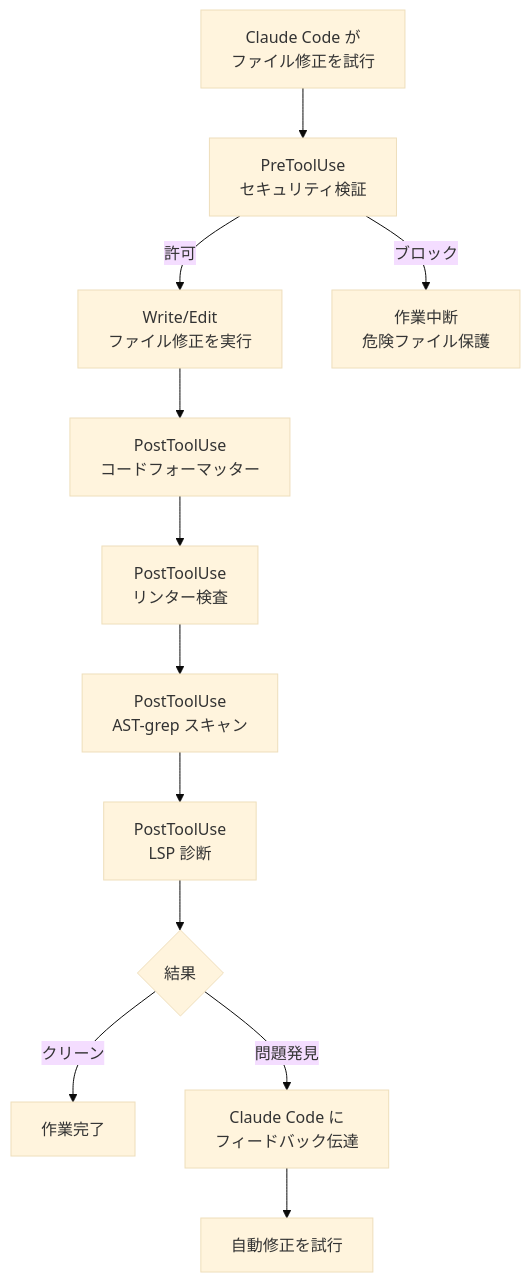
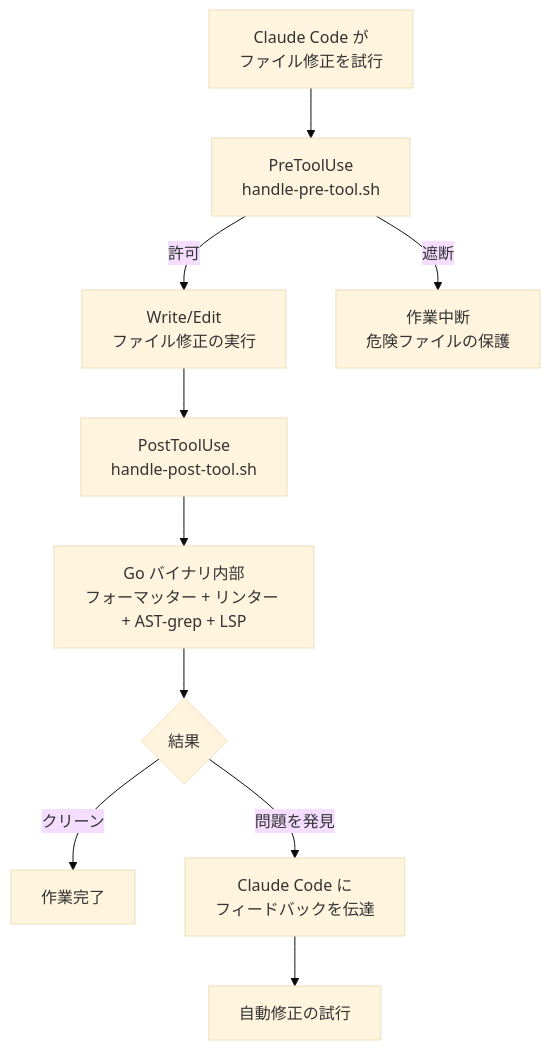
Before and after one commit to modu-ai/moai-adk: the second of 2 diagrams in docs-site/content/ja/advanced/hooks-guide.md, drawn with Mermaid (base theme). The commit also changed other lines of this file and 180 other files, not shown here.

````diff
--- a/docs-site/content/ja/advanced/hooks-guide.md
+++ b/docs-site/content/ja/advanced/hooks-guide.md
@@ -147,17 +147,15 @@
 ```mermaid
 flowchart TD
-    A["Claude Code が<br>ファイル修正を試行"] --> B["PreToolUse<br>セキュリティ検証"]
+    A["Claude Code が<br>ファイル修正を試行"] --> B["PreToolUse<br>handle-pre-tool.sh"]
 
-    B -->|許可| C["Write/Edit<br>ファイル修正を実行"]
-    B -->|ブロック| BLOCK["作業中断<br>危険ファイル保護"]
+    B -->|許可| C["Write/Edit<br>ファイル修正の実行"]
+    B -->|遮断| BLOCK["作業中断<br>危険ファイルの保護"]
 
-    C --> D["PostToolUse<br>コードフォーマッター"]
-    D --> E["PostToolUse<br>リンター検査"]
-    E --> F["PostToolUse<br>AST-grep スキャン"]
-    F --> G["PostToolUse<br>LSP 診断"]
+    C --> D["PostToolUse<br>handle-post-tool.sh"]
+    D --> D1["Go バイナリ内部<br>フォーマッター + リンター + AST-grep + LSP"]
 
-    G --> H{結果}
+    D1 --> H{結果}
     H -->|クリーン| I["作業完了"]
-    H -->|問題発見| J["Claude Code に<br>フィードバック伝達"]
-    J --> K["自動修正を試行"]
+    H -->|問題を発見| J["Claude Code に<br>フィードバックを伝達"]
+    J --> K["自動修正の試行"]
 ```
````
